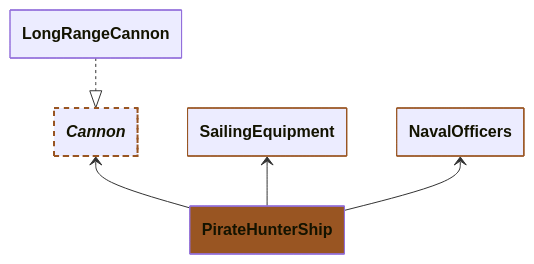
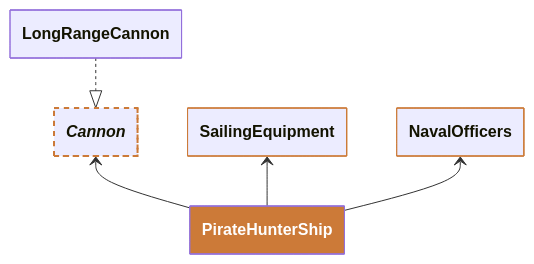
The tenth of 10 diagrams in _posts/2025-08-29-Composite Reuse Principle.md (lewisbar/lewisbar.github.io), drawn with Mermaid before and after one commit. The commit also changed other lines of this file, not shown here.

Commit message:
Improve Mermaid colors to look good in light and dark mode

````diff
--- a/_posts/2025-08-29-Composite Reuse Principle.md
+++ b/_posts/2025-08-29-Composite Reuse Principle.md
@@ -618,21 +618,21 @@
 ```mermaid
 ---
 config:
     class:
         hideEmptyMembersBox: true
 ---
 classDiagram
     class _Cannon_:::abstraction
     class SailingEquipment:::picked
     class NavalOfficers:::picked
     class PirateHunterShip
-    style PirateHunterShip fill:#952
-    classDef picked stroke:#952
-    classDef abstraction stroke:#952,stroke-width:2,stroke-dasharray: 5 5
+    style PirateHunterShip fill:#CC7A38,color:white
+    classDef picked stroke:#CC7A38
+    classDef abstraction stroke:#CC7A38,stroke-width:2,stroke-dasharray: 5 5
 
     _Cannon_ <-- PirateHunterShip
     SailingEquipment <-- PirateHunterShip
     NavalOfficers <-- PirateHunterShip
     LongRangeCannon ..|> _Cannon_
 
 ```
````
